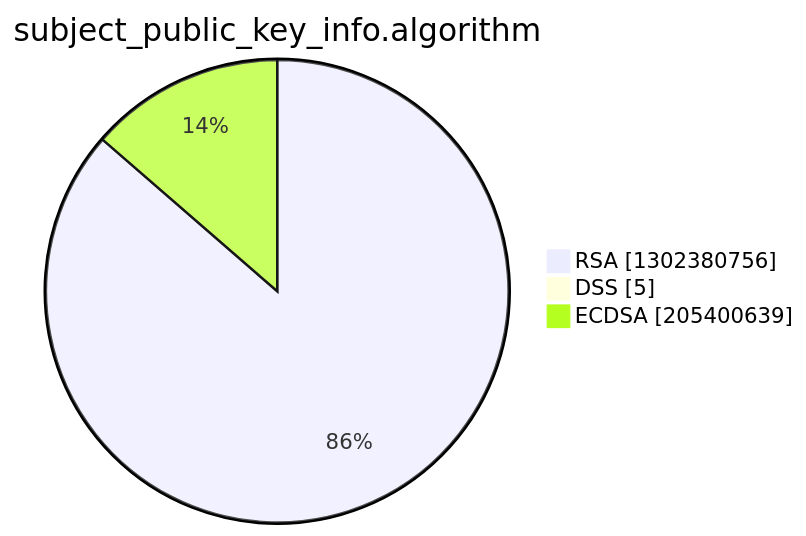
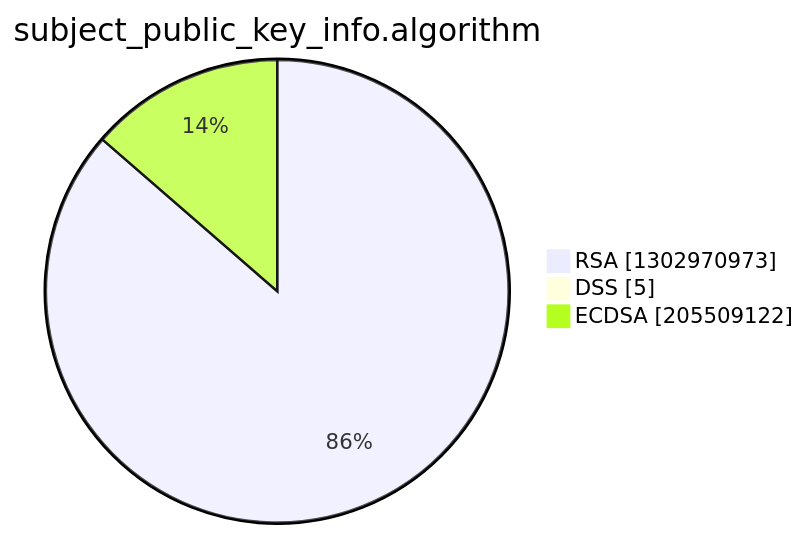
One commit to christiankrug/ctmonitor_visualization changed the third of 15 diagrams in argon2022/README.md. Above: the diagram before and after it, drawn with Mermaid. The commit also changed other lines of this file, not shown here.

````diff
--- a/argon2022/README.md
+++ b/argon2022/README.md
@@ -14,7 +14,7 @@
 ```mermaid
 pie showData
 title subject_public_key_info.algorithm
-"RSA" :1302380756
+"RSA" :1302970973
 "DSS" :5
-"ECDSA" :205400639
+"ECDSA" :205509122
 ```
````
